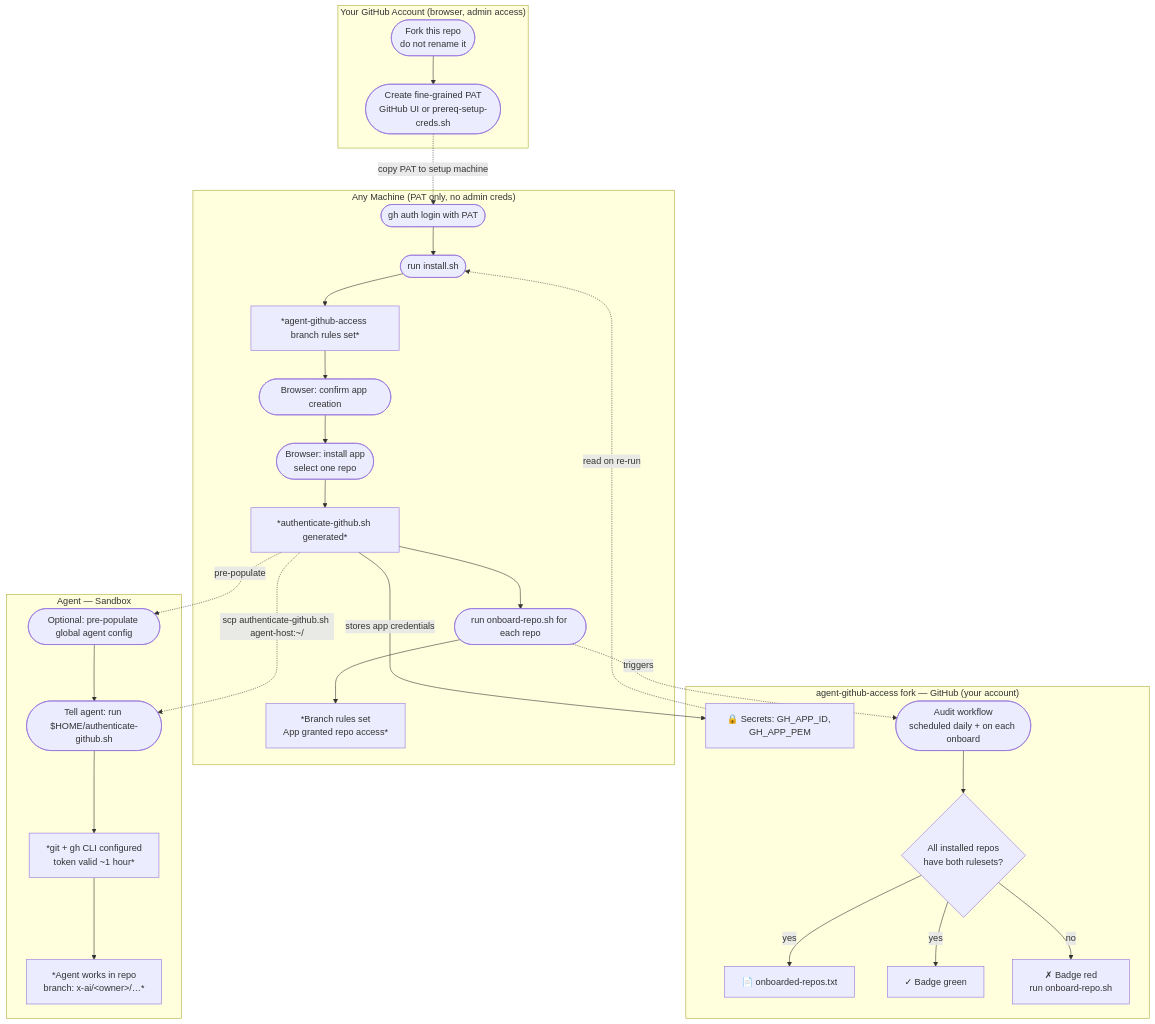
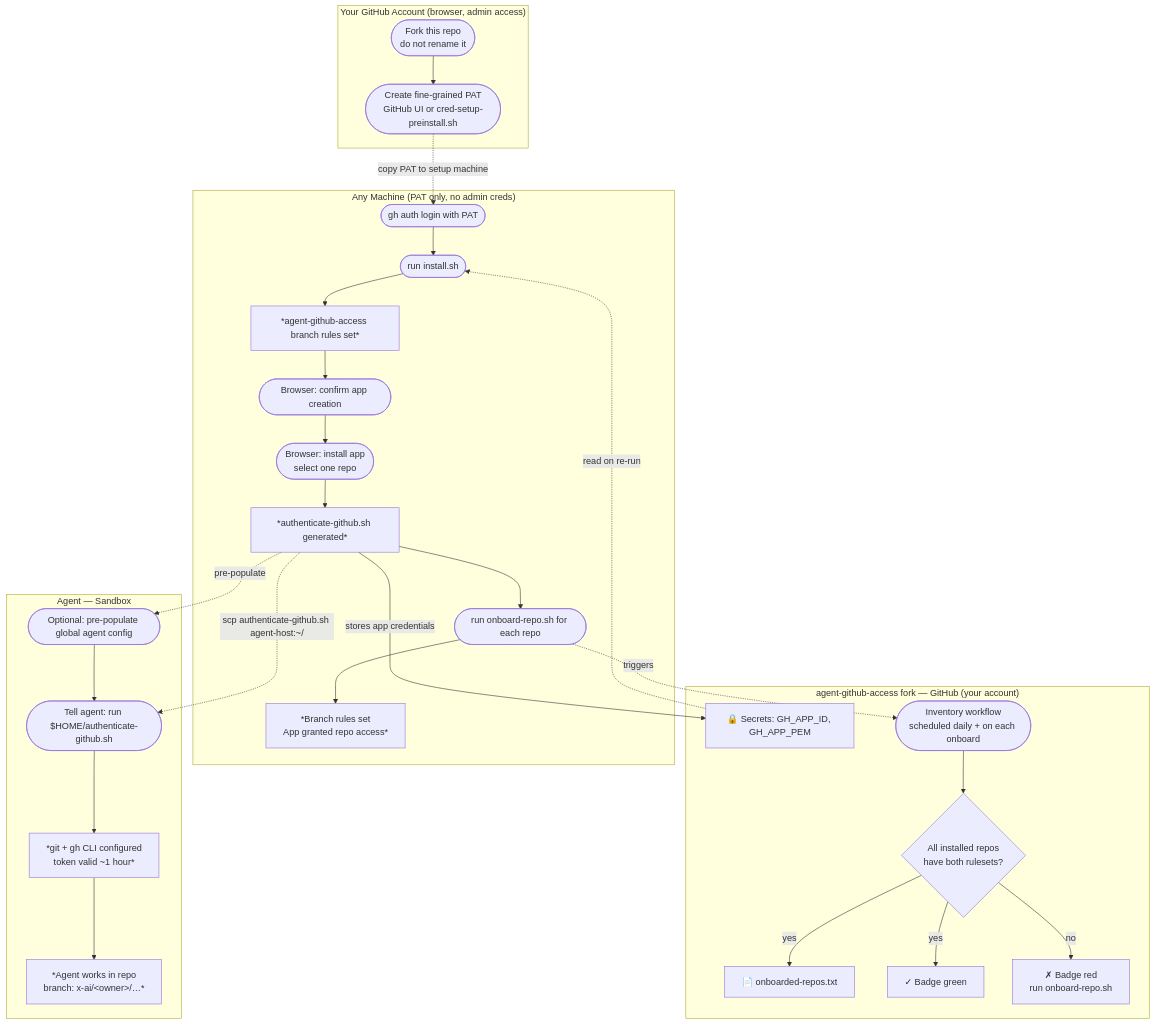
One commit to ardentperf/stewart-copeland-ai-police changed the diagram in README.md. Above: the diagram before and after it, drawn with Mermaid. The commit also changed other lines of this file and 10 other files, not shown here.

````diff
--- a/README.md
+++ b/README.md
@@ -20,50 +21,50 @@
 ```mermaid
 flowchart TD
     subgraph admin["Your GitHub Account (browser, admin access)"]
         F(["Fork this repo
 do not rename it"]) --> P
         P(["Create fine-grained PAT
-GitHub UI or prereq-setup-creds.sh"])
+GitHub UI or cred-setup-preinstall.sh"])
     end
 
     subgraph fork["agent-github-access fork — GitHub (your account)"]
         SEC["🔒 Secrets: GH_APP_ID, GH_APP_PEM"]
         INV["📄 onboarded-repos.txt"]
-        AU(["Audit workflow
+        AU(["Inventory workflow
 scheduled daily + on each onboard"])
         AU --> AUC{"All installed repos
 have both rulesets?"}
         AUC -->|"yes"| AUP["✓ Badge green"]
         AUC -->|"no"| AUF["✗ Badge red
 run onboard-repo.sh"]
         AUC -->|"yes"| INV
     end
 
     subgraph setup["Any Machine (PAT only, no admin creds)"]
         A(["gh auth login with PAT"]) --> B(["run install.sh"])
         B --> BF["*agent-github-access branch rules set*"]
         BF --> C(["Browser: confirm app creation"])
         C --> D(["Browser: install app
 select one repo"])
         D --> E["*authenticate-github.sh generated*"]
         E --> R(["run onboard-repo.sh for each repo"])
         R --> H["*Branch rules set
 App granted repo access*"]
     end
 
     subgraph agent["Agent — Sandbox"]
         G(["Optional: pre-populate global agent config"])
         G --> I(["Tell agent: run $HOME/authenticate-github.sh"])
         I --> J["*git + gh CLI configured
 token valid ~1 hour*"]
         J --> K["*Agent works in repo
 branch: x-ai/&lt;owner&gt;/…*"]
     end
 
     P -.->|"copy PAT to setup machine"| A
     E -->|"stores app credentials"| SEC
     SEC -.->|"read on re-run"| B
     E -.->|"scp authenticate-github.sh agent-host:~/"| I
     E -.->|"pre-populate"| G
     R -.->|"triggers"| AU
 ```
````
